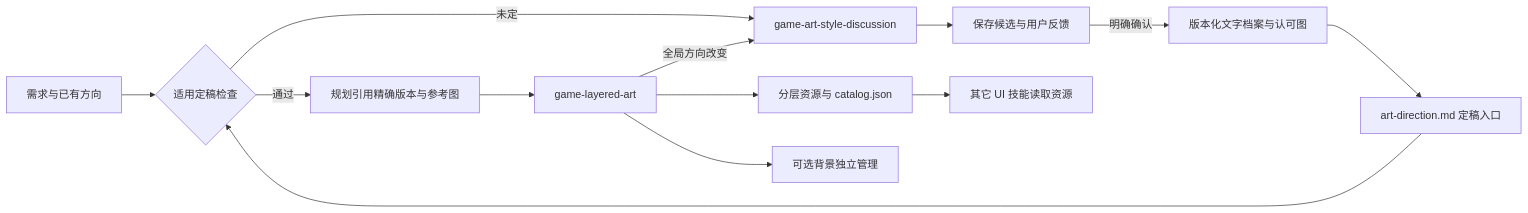
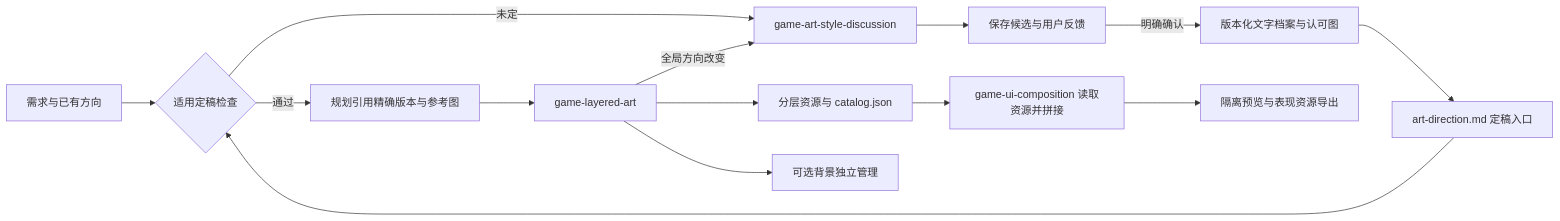
The first of 2 diagrams in architecture.md (229196637/game-development-skills), drawn with Mermaid before and after one commit. The commit also changed other lines of this file and 51 other files, not shown here.

Commit message:
Add UI composition skill and reusable FairyGUI source demo with validation status

````diff
--- a/architecture.md
+++ b/architecture.md
@@ -9,19 +9,22 @@
 ```mermaid
 flowchart LR
   N[需求与已有方向] --> V{适用定稿检查}
   V -->|未定| D[game-art-style-discussion]
   D --> C[保存候选与用户反馈]
   C -->|明确确认| S[版本化文字档案与认可图]
   S --> F[art-direction.md 定稿入口]
   F --> V
   V -->|通过| P[规划引用精确版本与参考图]
   P --> A[game-layered-art]
   A -->|全局方向改变| D
   A --> R[分层资源与 catalog.json]
-  R --> UI[其它 UI 技能读取资源]
+  R --> UI[game-ui-composition 读取资源并拼接]
+  UI --> EX[隔离预览与表现资源导出]
   A --> BG[可选背景独立管理]
   click A "game-layered-art/SKILL.md"
   click D "game-art-style-discussion/SKILL.md"
   click S "game-layered-art/references/style.md"
   click R "game-layered-art/references/resources.md"
+  click UI "game-ui-composition/SKILL.md"
+  click EX "game-ui-composition/references/export.md"
 ```
````
